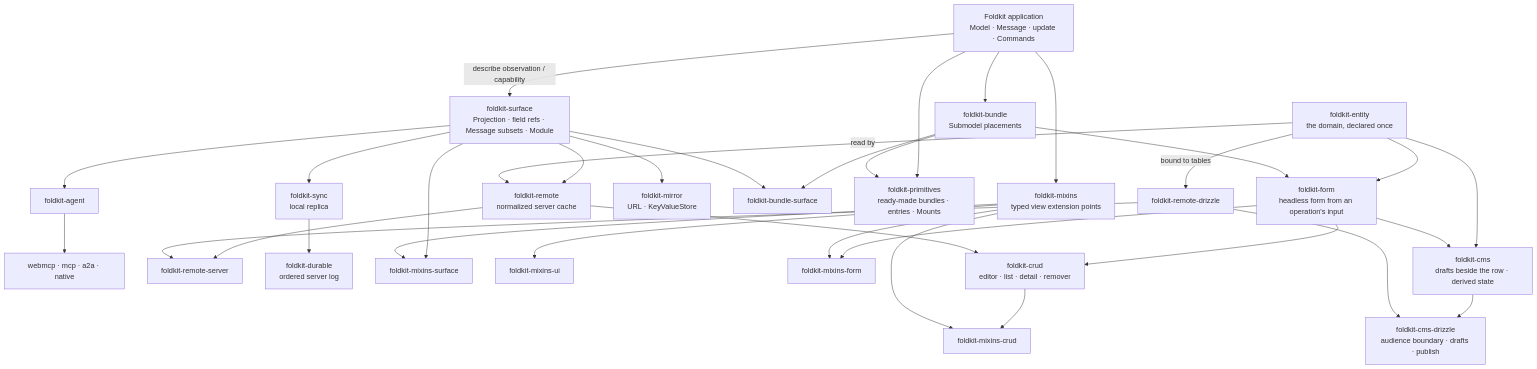
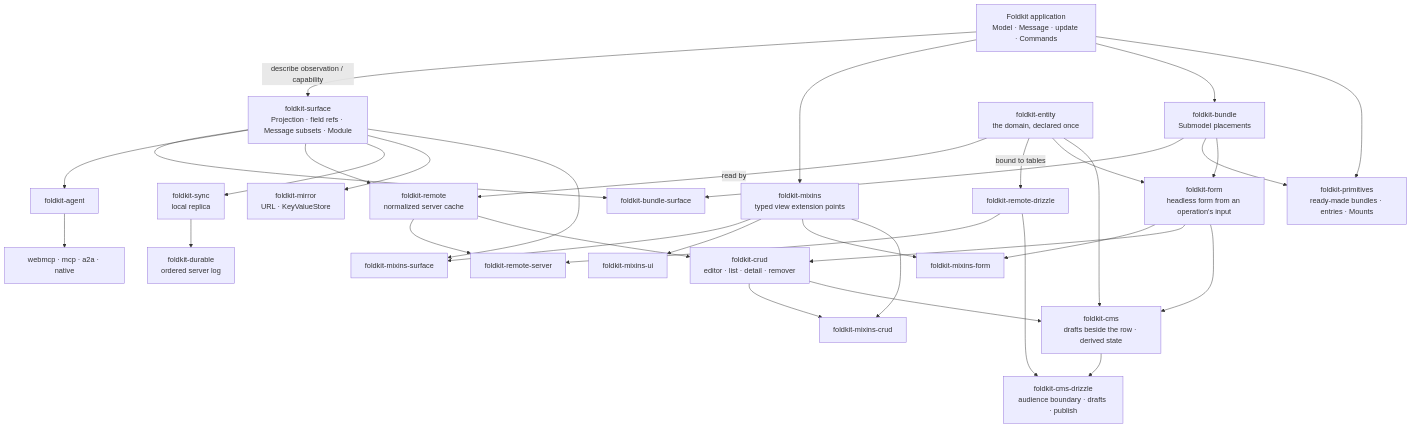
One commit to doeixd/foldkit-plus changed the diagram in README.md. Above: the diagram before and after it, drawn with Mermaid. The commit also changed 14 other files, not shown here.

````diff
--- a/README.md
+++ b/README.md
@@ -260,55 +260,56 @@
 ```mermaid
 flowchart TB
   app["Foldkit application<br/>Model · Message · update · Commands"]
   surface["foldkit-surface<br/>Projection · field refs · Message subsets · Module"]
   agent["foldkit-agent"]
   agentAdapters["webmcp · mcp · a2a · native"]
   remote["foldkit-remote<br/>normalized server cache"]
   server["foldkit-remote-server"]
   drizzle["foldkit-remote-drizzle"]
   sync["foldkit-sync<br/>local replica"]
   durable["foldkit-durable<br/>ordered server log"]
   mirror["foldkit-mirror<br/>URL · KeyValueStore"]
   bundle["foldkit-bundle<br/>Submodel placements"]
   bundleSurface["foldkit-bundle-surface"]
   primitives["foldkit-primitives<br/>ready-made bundles · entries · Mounts"]
   mixins["foldkit-mixins<br/>typed view extension points"]
   mixinsSurface["foldkit-mixins-surface"]
   mixinsUi["foldkit-mixins-ui"]
   entity["foldkit-entity<br/>the domain, declared once"]
   form["foldkit-form<br/>headless form from an operation's input"]
   mixinsForm["foldkit-mixins-form"]
   mixinsCrud["foldkit-mixins-crud"]
   cms["foldkit-cms<br/>drafts beside the row · derived state"]
   cmsDrizzle["foldkit-cms-drizzle<br/>audience boundary · drafts · publish"]
   crud["foldkit-crud<br/>editor · list · detail · remover"]
 
   app -- "describe observation / capability" --> surface
   app --> mixins
   app --> bundle --> bundleSurface
   app --> primitives
   bundle --> primitives
   surface --> bundleSurface
   surface --> agent --> agentAdapters
   surface --> remote --> server
   drizzle --> server
   surface --> sync --> durable
   surface --> mirror
   surface --> mixinsSurface
   mixins --> mixinsSurface
   mixins --> mixinsUi
   entity -- "read by" --> remote
   entity -- "bound to tables" --> drizzle
   entity --> form
   bundle --> form
   form --> mixinsForm
   mixins --> mixinsForm
   form --> crud
   crud --> mixinsCrud
   entity --> cms
   form --> cms
+  crud --> cms
   cms --> cmsDrizzle
   drizzle --> cmsDrizzle
   mixins --> mixinsCrud
   remote --> crud
 ```
````
